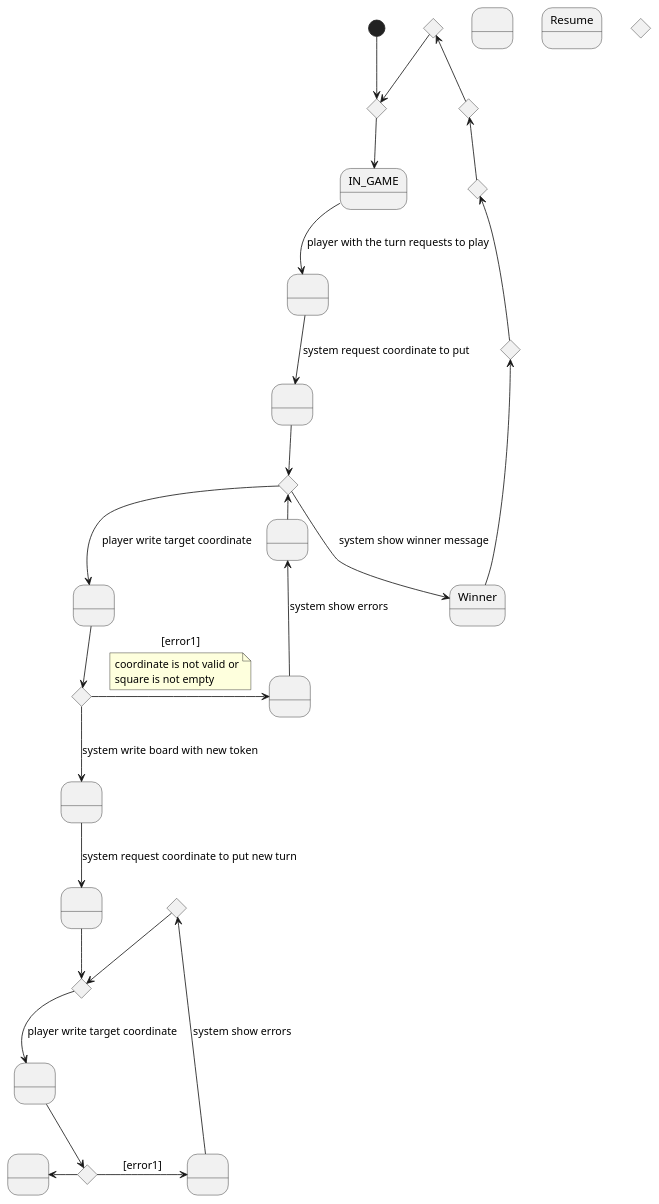
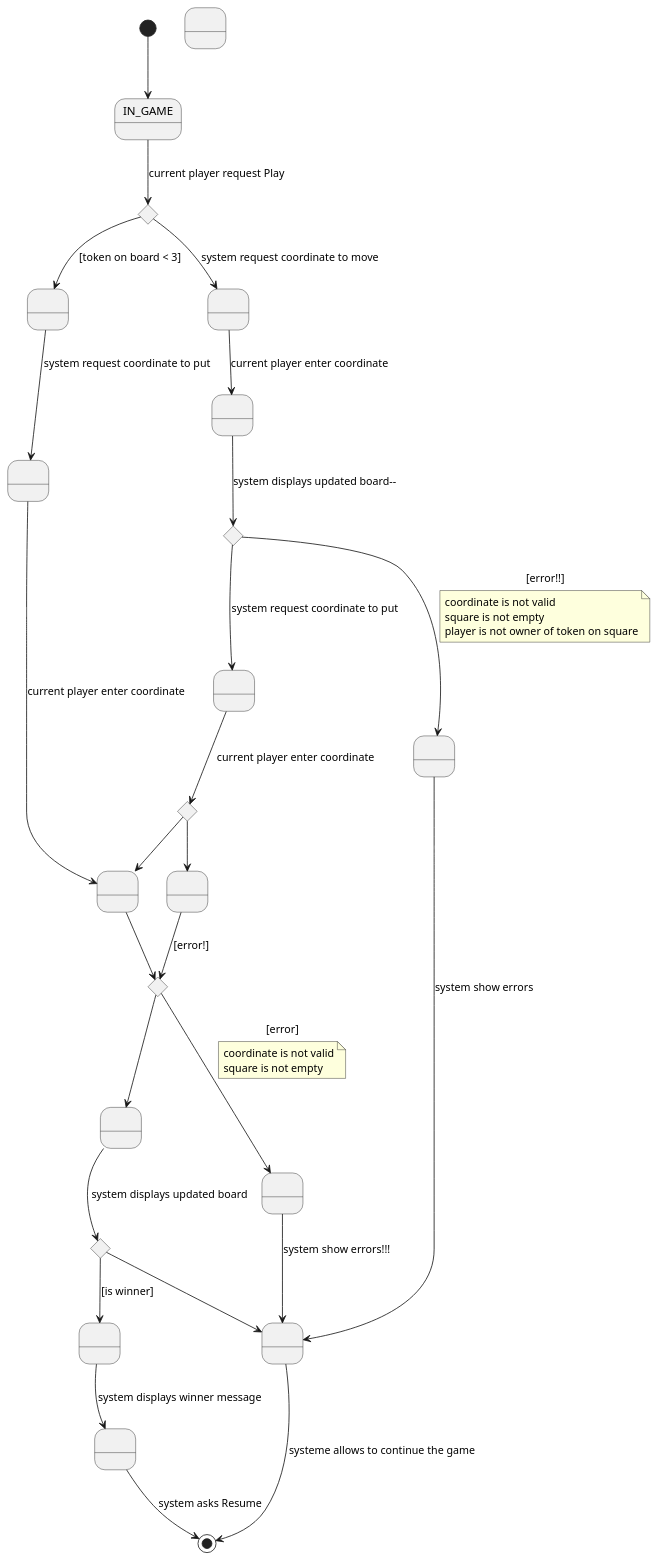
Before and after one commit to franpaulinoinfante/MasterSoftwareDevelopment: the third of 3 diagrams in src/TicTacToe/TicTacToeUseCaseContext.plantuml, drawn with PlantUML. The commit also changed 2 other files, not shown here.

```diff
--- a/src/TicTacToe/TicTacToeUseCaseContext.plantuml
+++ b/src/TicTacToe/TicTacToeUseCaseContext.plantuml
@@ -34,59 +34,61 @@
 @startuml ViewUseCasePlay
-state if_state <<choice>>
-state if_state2 <<choice>>
-state if_state3 <<choice>>
-state if_state4 <<choice>>
 state IN_GAME
 state A as " "
 state B as " "
 state C as " "
 state D as " "
 state E as " "
 state F as " "
 state G as " "
 state H as " "
+state K as " "
+state L as " "
+state M as " "
+state N as " "
+
 state I as " "
 state J as " "
-state Put1 as " "
-state Winner
-state Resume
-state if_resume <<choice>>
+state K as " "
+
 state if <<choice>>
 state if1 <<choice>>
 state if2 <<choice>>
 state if3 <<choice>>
-state if_not_valid_coordinate1 <<choice>>
-state if_not_valid_coordinate2 <<choice>>
+state if4 <<choice>>
 
-[*] --> if_state 
-if_state --> IN_GAME
-IN_GAME --> A: player with the turn requests to play
-A --> B: system request coordinate to put
-B --> if1
-if1 --> C: player write target coordinate
-C --> if_not_valid_coordinate1
-if_not_valid_coordinate1 -right-> D: [error1]
-    note on link 
-        coordinate is not valid or
+[*] --> IN_GAME
+IN_GAME --> if: current player request Play
+if --> A: [token on board < 3]
+    if --> F: system request coordinate to move
+    F --> G: current player enter coordinate
+    G --> if2: system displays updated board--
+    if2 --> H: system request coordinate to put
+        if2 --> K: [error!!]
+        note on link
+            coordinate is not valid
+            square is not empty
+            player is not owner of token on square
+        end note
+        K --> L: system show errors
+        L --> [*]: systeme allows to continue the game
+    H --> if3: current player enter coordinate
+    if3 --> M
+        M --> if1: [error!]
+    if3 --> C
+    
+A --> B: system request coordinate to put 
+B --> C : current player enter coordinate
+C --> if1
+    if1 --> N: [error]
+    note on link
+        coordinate is not valid
         square is not empty
     end note
-D -up-> E: system show errors
-E -left-> if1
-if1 --> Winner: system show winner message
-Winner -up-> if_resume
-if_resume -up-> if_state2
-if_state2 -up-> if_state3
-if_state3 -up-> if_state4
-if_state4 --> if_state
-if_not_valid_coordinate1 --> Put1: system write board with new token
-Put1 --> F : system request coordinate to put new turn
-F --> if2
-if2 --> H: player write target coordinate
-H --> if_not_valid_coordinate2
-if_not_valid_coordinate2 -right-> I: [error1]
-I -up-> if3: system show errors
-if3 --> if2
-if_not_valid_coordinate2 -left-> J
-
-
+    N --> L: system show errors!!!
+if1 --> D
+D --> if4: system displays updated board
+    if4 --> L
+if4 --> E: [is winner]
+E --> I: system displays winner message
+I --> [*]: system asks Resume
 @enduml 
```
